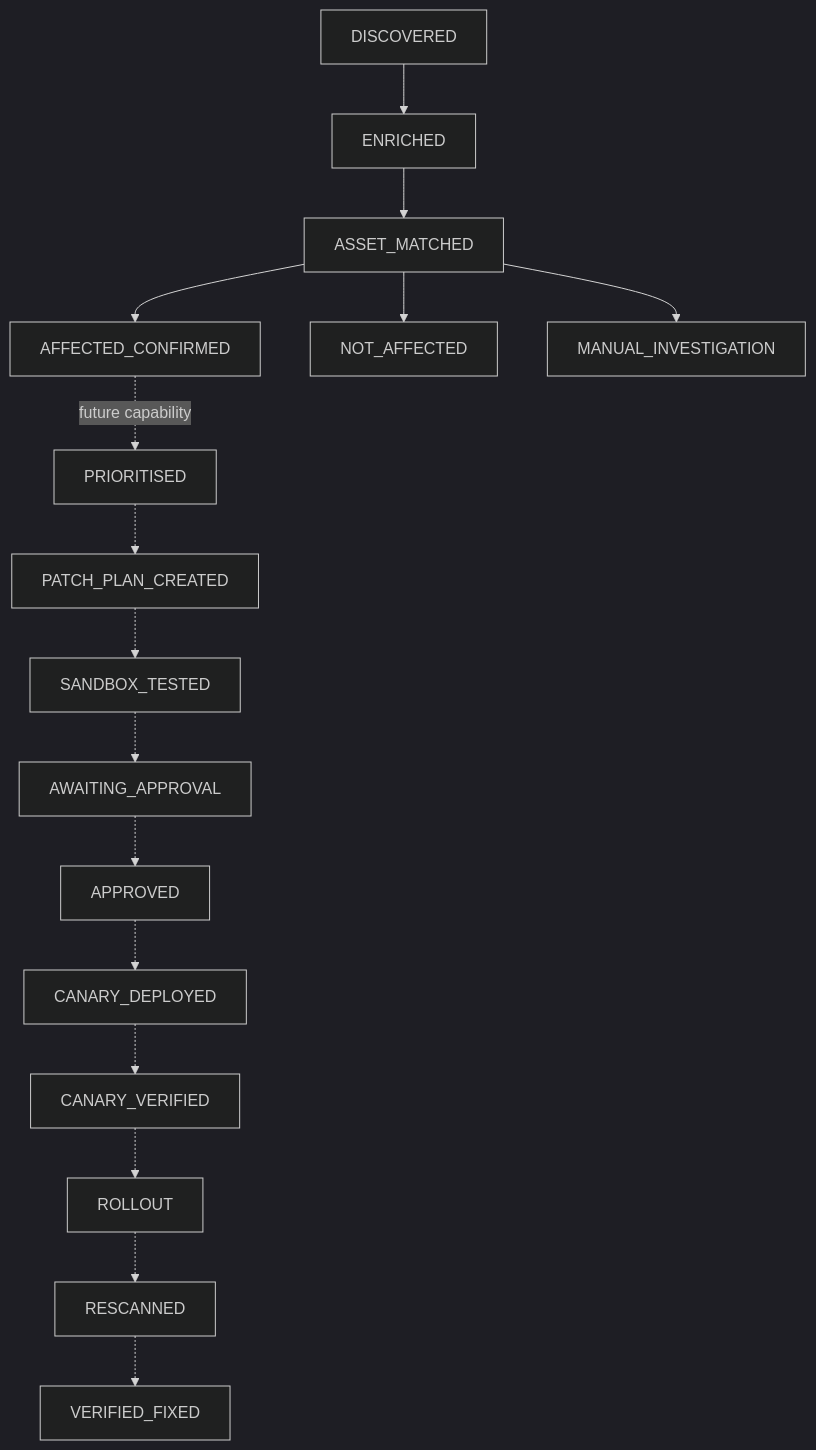
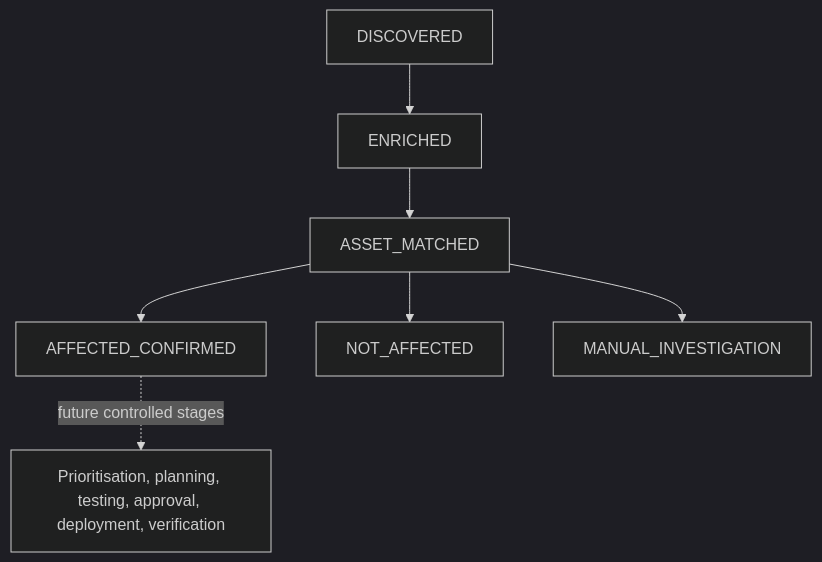
Before and after one commit to samhmariam/vulnops-control-plane: the third of 4 diagrams in docs/day01-architecture-walkthrough.md, drawn with Mermaid (dark theme). The commit also changed other lines of this file, not shown here.

Commit message:
docs: establish reasoning before architecture mechanics

````diff
--- a/docs/day01-architecture-walkthrough.md
+++ b/docs/day01-architecture-walkthrough.md
@@ -509,18 +380,9 @@
 ```mermaid
 flowchart TD
     D["DISCOVERED"] --> E["ENRICHED"]
     E --> M["ASSET_MATCHED"]
-    M --> AF["AFFECTED_CONFIRMED"]
-    M --> NA["NOT_AFFECTED"]
-    M --> MI["MANUAL_INVESTIGATION"]
-    AF -. "future capability" .-> PR["PRIORITISED"]
-    PR -.-> PP["PATCH_PLAN_CREATED"]
-    PP -.-> ST["SANDBOX_TESTED"]
-    ST -.-> AA["AWAITING_APPROVAL"]
-    AA -.-> AP["APPROVED"]
-    AP -.-> CD["CANARY_DEPLOYED"]
-    CD -.-> CV["CANARY_VERIFIED"]
-    CV -.-> RO["ROLLOUT"]
-    RO -.-> RS["RESCANNED"]
-    RS -.-> VF["VERIFIED_FIXED"]
+    M --> A["AFFECTED_CONFIRMED"]
+    M --> N["NOT_AFFECTED"]
+    M --> I["MANUAL_INVESTIGATION"]
+    A -. "future controlled stages" .-> F["Prioritisation, planning, testing, approval, deployment, verification"]
 ```
````
